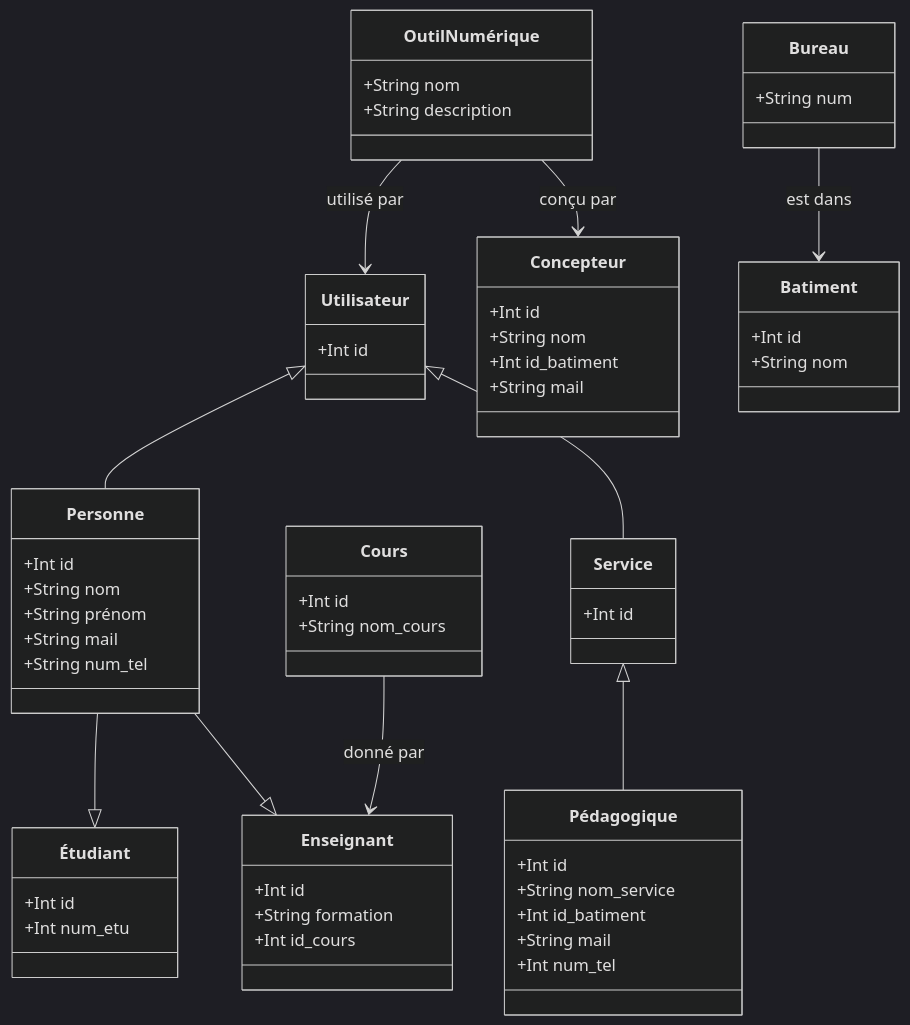
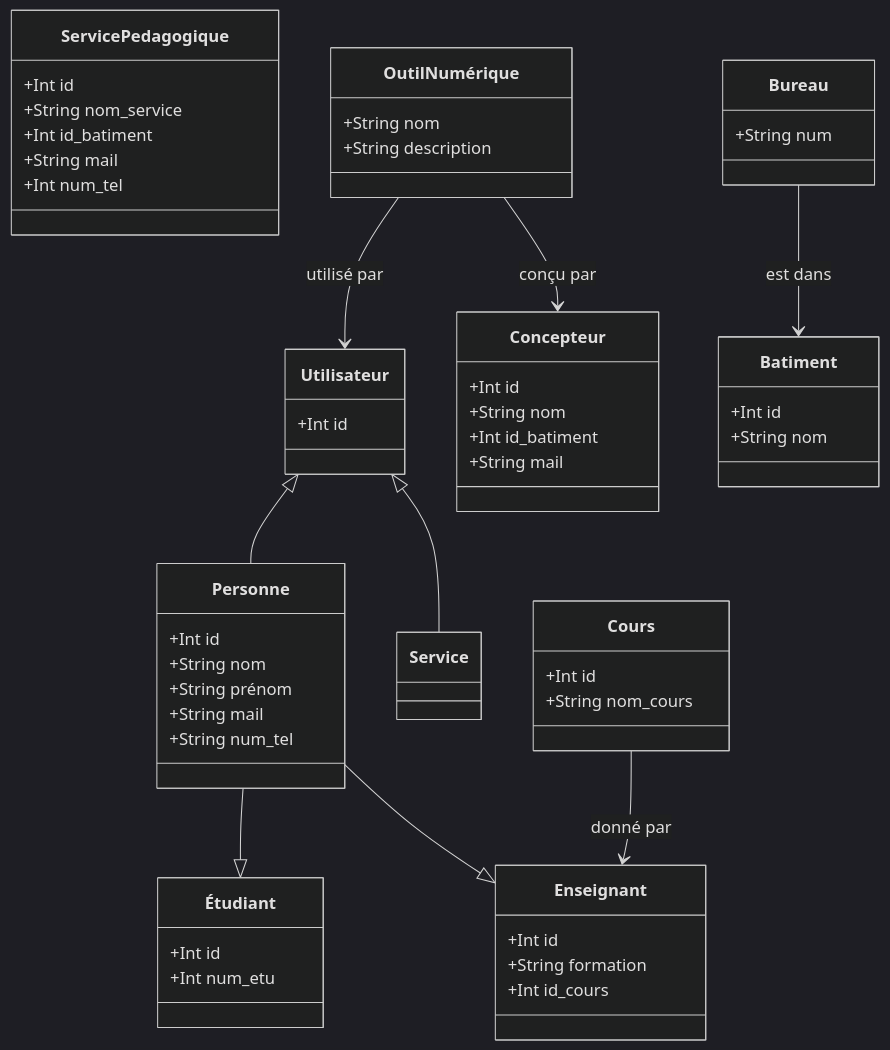
Before and after one commit to lmimouni-rim/EDUCATION: the diagram in class.md, drawn with Mermaid (dark theme).

````diff
--- a/class.md
+++ b/class.md
@@ -1,65 +1,62 @@
 ```mermaid
 
 classDiagram
     class Utilisateur
     Utilisateur <|-- Personne
     Utilisateur <|-- Service
     Utilisateur : +Int id
 
     class Personne
     Personne --|> Étudiant
     Personne --|>Enseignant
     Personne : +Int id
     Personne : +String nom
     Personne : +String prénom
     Personne : +String mail
     Personne : +String num_tel
     
     class Étudiant
     Étudiant : +Int id
     Étudiant : +Int num_etu
 
     class Enseignant 
     Enseignant : +Int id
     Enseignant : +String formation 
     Enseignant : +Int id_cours
 
-    class Service 
-    Service <|-- Pédagogique
-    Service : +Int id
  
-    class Pédagogique
-    Pédagogique : +Int id
-    Pédagogique : +String nom_service
-    Pédagogique : +Int id_batiment 
-    Pédagogique : +String mail 
-    Pédagogique : +Int num_tel 
+    class ServicePedagogique
+    ServicePedagogique : +Int id
+    ServicePedagogique : +String nom_service
+    ServicePedagogique : +Int id_batiment 
+    ServicePedagogique : +String mail 
+    ServicePedagogique : +Int num_tel 
 
     class Concepteur
     Concepteur : +Int id
     Concepteur : +String nom
     Concepteur : +Int id_batiment
     Concepteur : +String mail 
     
     class OutilNumérique 
     OutilNumérique --> Utilisateur : utilisé par
     OutilNumérique --> Concepteur: conçu par
     OutilNumérique : +String nom
     OutilNumérique : +String description
 
     class Cours
     Cours : +Int id
     Cours : +String nom_cours
 
     class Batiment
     Batiment : +Int id
     Batiment : +String nom
 
     class Bureau
     Bureau --> Batiment : est dans
     Bureau : +String num
 
     Cours --> Enseignant : donné par
 
  
 ```
````
